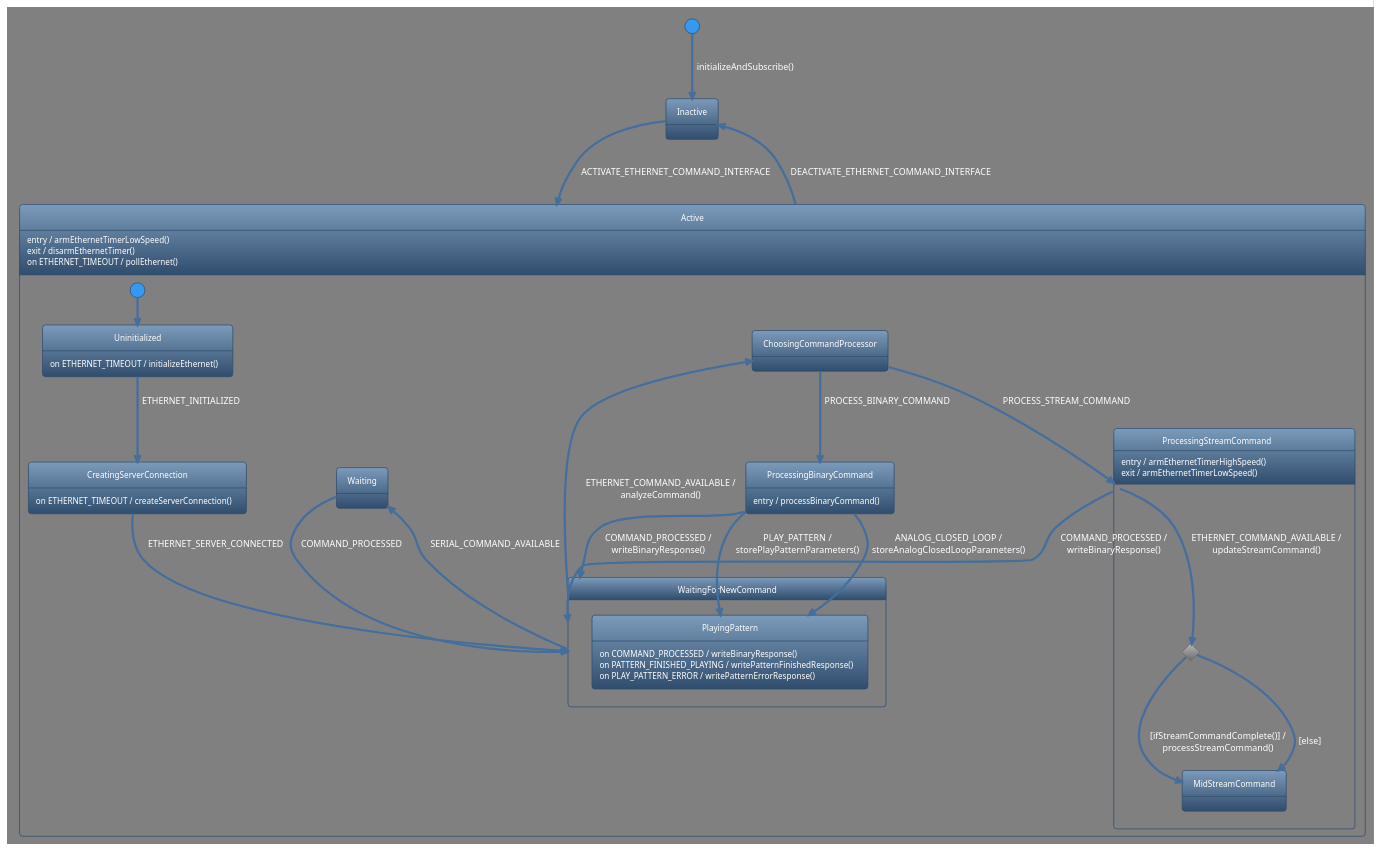
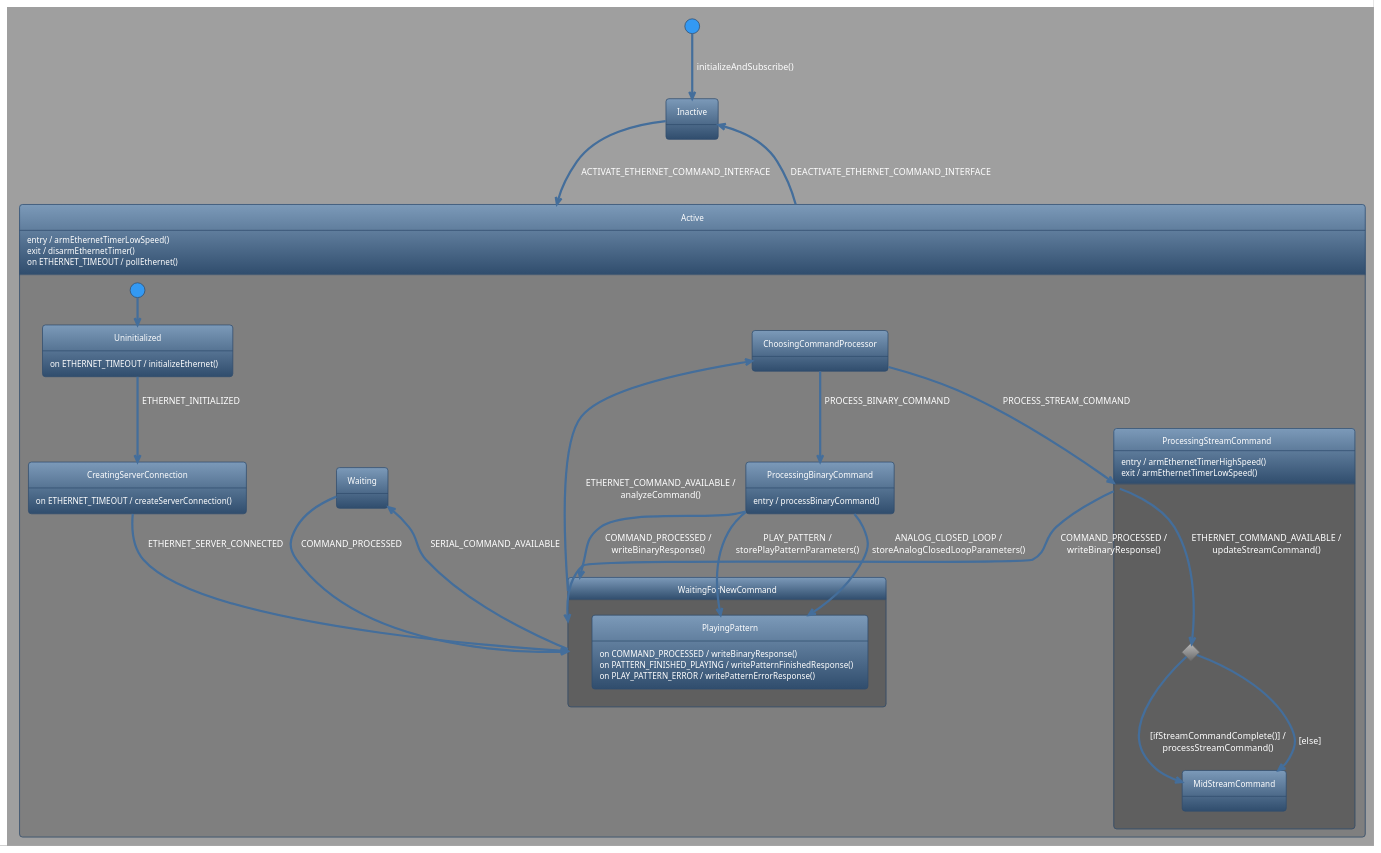
One commit to janelia-arduino/ArenaController changed the third of 4 diagrams in README.org. Above: the diagram before and after it, drawn with PlantUML. The commit also changed other lines of this file and 3 other files, not shown here.

Commit message:
Progress towards state-diagram-pattern

```diff
--- a/README.org
+++ b/README.org
@@ -247,58 +266,70 @@
 #+BEGIN_SRC plantuml :file ./documentation/images/state-diagram-ethernet-command-interface.png :results none
 @startuml
 !theme spacelab
-skinparam backgroundColor #808080
+skinparam backgroundColor #9F9F9F
+<style>
+.nested0 {
+  stateBody {
+    BackGroundColor #7F7F7F;
+  }
+}
+.nested1 {
+  stateBody {
+    BackGroundColor #5F5F5F;
+  }
+}
+</style>
 state Inactive {
 }
 [*] --> Inactive : initializeAndSubscribe()
-state Active {
+state Active <<nested0>> {
   Active : entry / armEthernetTimerLowSpeed()
   Active : exit / disarmEthernetTimer()
   Active : on ETHERNET_TIMEOUT / pollEthernet()
   state Uninitialized {
     Uninitialized : on ETHERNET_TIMEOUT / initializeEthernet()
   }
   [*] --> Uninitialized
   state CreatingServerConnection {
     CreatingServerConnection : on ETHERNET_TIMEOUT / createServerConnection()
   }
   Uninitialized --> CreatingServerConnection : ETHERNET_INITIALIZED
-  state WaitingForNewCommand {
+  state WaitingForNewCommand <<nested1>> {
     state PlayingPattern {
       PlayingPattern : on COMMAND_PROCESSED / writeBinaryResponse()
       PlayingPattern : on PATTERN_FINISHED_PLAYING / writePatternFinishedResponse()
       PlayingPattern : on PLAY_PATTERN_ERROR / writePatternErrorResponse()
     }
   }
   CreatingServerConnection --> WaitingForNewCommand : ETHERNET_SERVER_CONNECTED
   state Waiting {
   }
   WaitingForNewCommand --> Waiting : SERIAL_COMMAND_AVAILABLE
   Waiting --> WaitingForNewCommand : COMMAND_PROCESSED
   state ChoosingCommandProcessor {
   }
   WaitingForNewCommand --> ChoosingCommandProcessor : ETHERNET_COMMAND_AVAILABLE /\nanalyzeCommand()
   state ProcessingBinaryCommand {
     ProcessingBinaryCommand : entry / processBinaryCommand()
   }
   ChoosingCommandProcessor --> ProcessingBinaryCommand : PROCESS_BINARY_COMMAND
   ProcessingBinaryCommand --> PlayingPattern : PLAY_PATTERN /\nstorePlayPatternParameters()
   ProcessingBinaryCommand --> PlayingPattern : ANALOG_CLOSED_LOOP /\nstoreAnalogClosedLoopParameters()
   ProcessingBinaryCommand --> WaitingForNewCommand : COMMAND_PROCESSED /\nwriteBinaryResponse()
-  state ProcessingStreamCommand {
+  state ProcessingStreamCommand <<nested1>> {
     ProcessingStreamCommand : entry / armEthernetTimerHighSpeed()
     ProcessingStreamCommand : exit / armEthernetTimerLowSpeed()
     state c <<choice>>
     ProcessingStreamCommand --> c : ETHERNET_COMMAND_AVAILABLE /\nupdateStreamCommand()
     state MidStreamCommand {
     }
     c --> MidStreamCommand : [ifStreamCommandComplete()] /\nprocessStreamCommand()
     c --> MidStreamCommand : [else]
   }
   ChoosingCommandProcessor --> ProcessingStreamCommand : PROCESS_STREAM_COMMAND
   ProcessingStreamCommand --> WaitingForNewCommand : COMMAND_PROCESSED /\nwriteBinaryResponse()
 }
 Inactive --> Active : ACTIVATE_ETHERNET_COMMAND_INTERFACE
 Active --> Inactive : DEACTIVATE_ETHERNET_COMMAND_INTERFACE
 @enduml
 #+END_SRC
```
